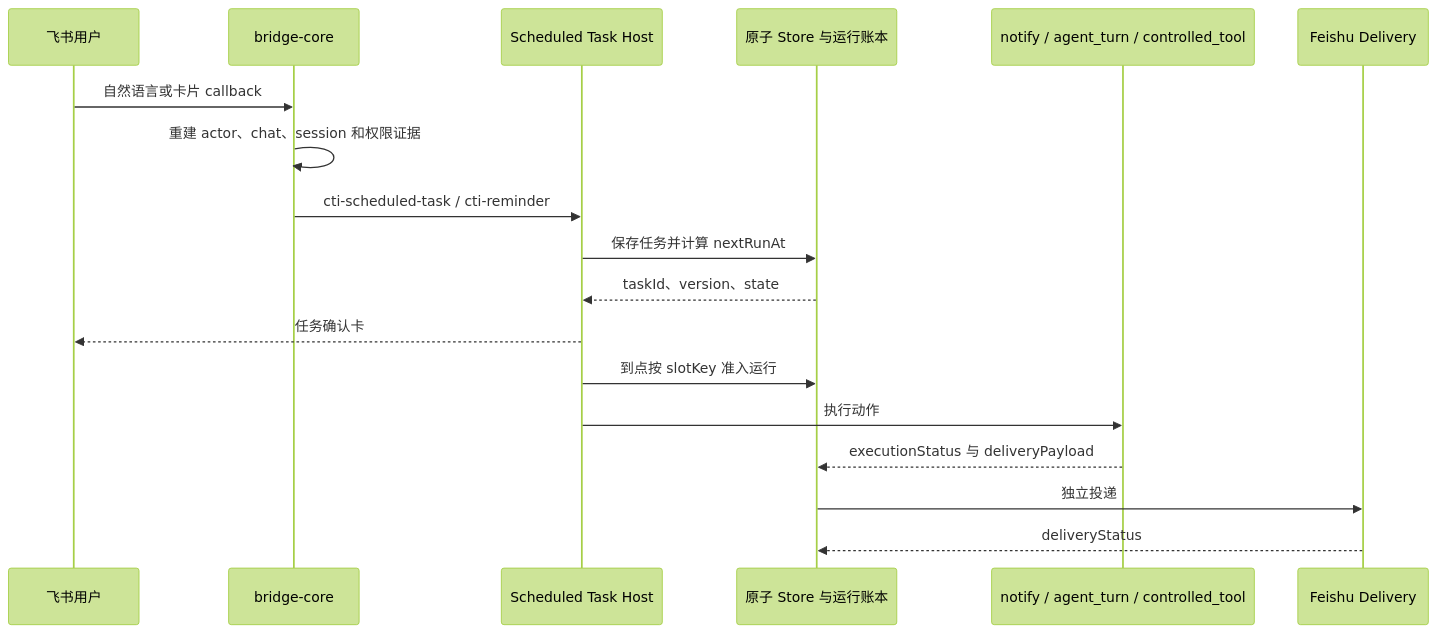
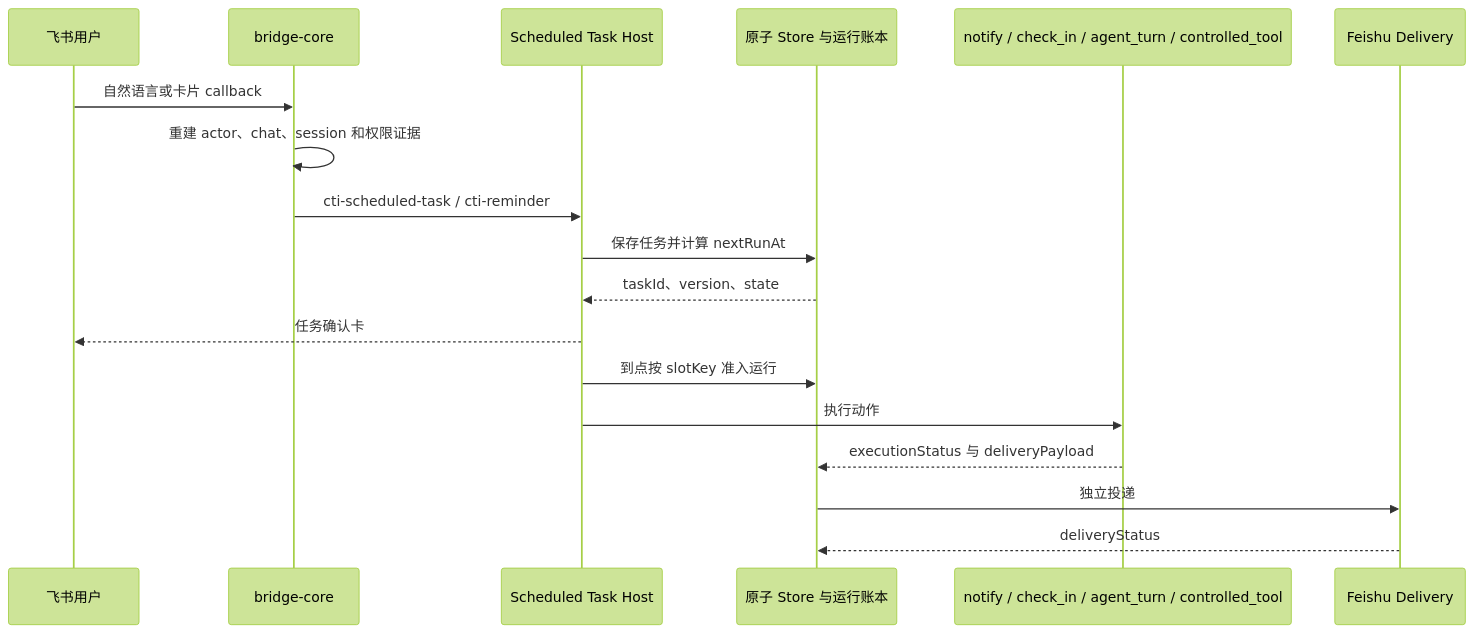
Diagram 19 of 21 in docs/PROJECT-ARCHITECTURE.md (dddfuxi/codex-im-suite), drawn with Mermaid (forest theme) before and after one commit. The commit also changed other lines of this file and 264 other files, not shown here.

````diff
--- a/docs/PROJECT-ARCHITECTURE.md
+++ b/docs/PROJECT-ARCHITECTURE.md
@@ -997,21 +1026,21 @@
 ```mermaid
 sequenceDiagram
   participant User as 飞书用户
   participant Core as bridge-core
   participant Host as Scheduled Task Host
   participant Store as 原子 Store 与运行账本
-  participant Executor as notify / agent_turn / controlled_tool
+  participant Executor as notify / check_in / agent_turn / controlled_tool
   participant Feishu as Feishu Delivery
 
   User->>Core: 自然语言或卡片 callback
   Core->>Core: 重建 actor、chat、session 和权限证据
   Core->>Host: cti-scheduled-task / cti-reminder
   Host->>Store: 保存任务并计算 nextRunAt
   Store-->>Host: taskId、version、state
   Host-->>User: 任务确认卡
   Host->>Store: 到点按 slotKey 准入运行
   Host->>Executor: 执行动作
   Executor-->>Store: executionStatus 与 deliveryPayload
   Store->>Feishu: 独立投递
   Feishu-->>Store: deliveryStatus
 ```
````
